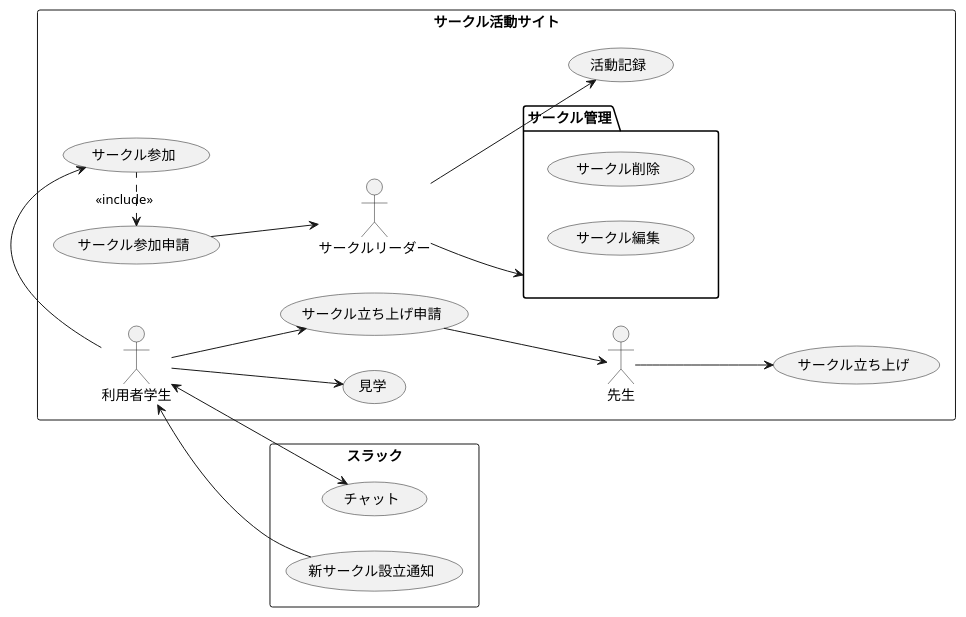
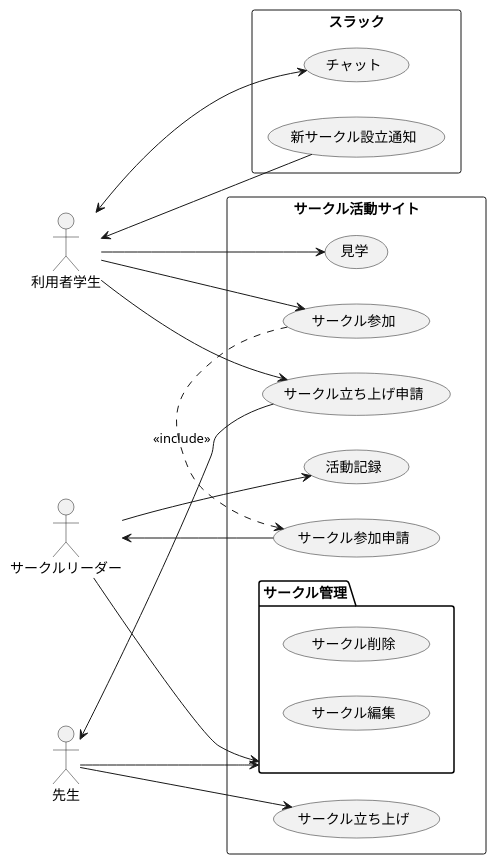
Before and after one commit to hitokin/uml_introduction: the diagram in サークル.pu, drawn with PlantUML.

```diff
--- a/サークル.pu
+++ b/サークル.pu
@@ -1,40 +1,41 @@
 @startuml ユースケース図
 left to right direction
 
-rectangle サークル活動サイト {
     actor 利用者学生
     actor 先生
     actor サークルリーダー
+rectangle サークル活動サイト {
 
     usecase サークル立ち上げ申請
     usecase サークル立ち上げ
     usecase サークル参加申請
     usecase 活動記録
     usecase サークル参加
     usecase 見学
 
     利用者学生 --> サークル立ち上げ申請
     利用者学生 -> サークル参加
     利用者学生 --> 見学
     サークルリーダー --> 活動記録
     サークルリーダー --> サークル管理
     先生 --> サークル立ち上げ
+    先生 --> サークル管理
         サークル参加申請 <. サークル参加 : <<include>>
         サークル立ち上げ申請 --> 先生
 
+    package サークル管理{
+        usecase サークル削除
+        usecase サークル編集
+    }
     }
 rectangle スラック {
     actor 利用者学生
     usecase チャット
     usecase 新サークル設立通知
 
     利用者学生 <--> チャット
     新サークル設立通知 --> 利用者学生
 } 
-package サークル管理{
-    usecase サークル削除
-    usecase サークル編集
-}
 サークル参加申請 --> サークルリーダー
 
 @endumll
```
